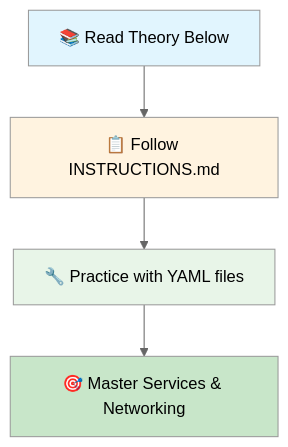
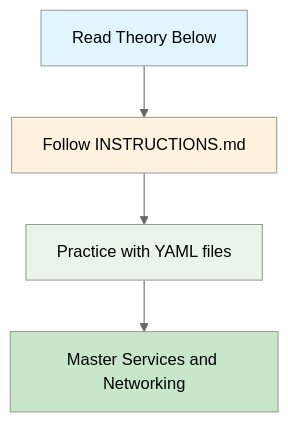
Before and after one commit to manikcloud/cloud-devops-learning-path: the first of 6 diagrams in Section-2-DevOps/Session-7_Kubernetes/04-services-networking/README.md, drawn with Mermaid (neutral theme). The commit also changed 1 other file, not shown here.

Commit message:
Fix remaining mermaid diagram syntax errors in both README files
🔧 Fixed Mermaid Diagrams in README.md:
- Fixed Learning Path diagram (removed emojis)
- All other diagrams were already fixed

🔧 Fixed Mermaid Diagrams in README-FULL.md:
- Fixed 'What We'll Learn' learning progression
- Fixed NodePort diagram (removed HTML tags and emojis)
- Fixed LoadBalancer diagram (removed HTML tags and emojis)
- Fixed Service Types diagram (removed HTML tags and emojis)
- Fixed Service Discovery methods diagram
- Fixed multi-service application diagram

✅ All mermaid diagrams now render properly in GitHub
📚 Both README files have working diagrams
🎯 Students can choose between short (README.md) or comprehensive (README-FULL.md) versions
🌟 Complete fix for all GitHub mermaid rendering issues

````diff
--- a/Section-2-DevOps/Session-7_Kubernetes/04-services-networking/README.md
+++ b/Section-2-DevOps/Session-7_Kubernetes/04-services-networking/README.md
@@ -34,11 +34,11 @@
 ```mermaid
 graph TD
-    A[📚 Read Theory Below] --> B[📋 Follow INSTRUCTIONS.md]
-    B --> C[🔧 Practice with YAML files]
-    C --> D[🎯 Master Services & Networking]
+    A[Read Theory Below] --> B[Follow INSTRUCTIONS.md]
+    B --> C[Practice with YAML files]
+    C --> D[Master Services and Networking]
     
     style A fill:#e1f5fe
     style B fill:#fff3e0
     style C fill:#e8f5e8
     style D fill:#c8e6c9
 ```
````
